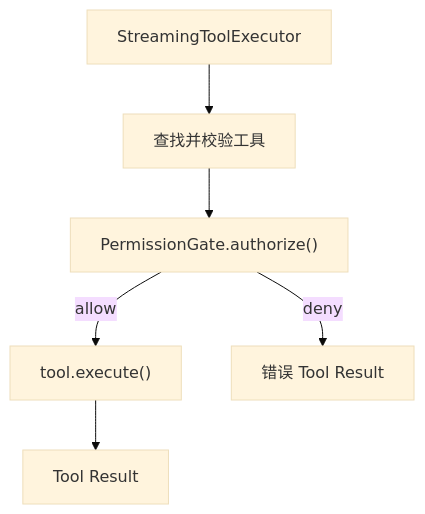
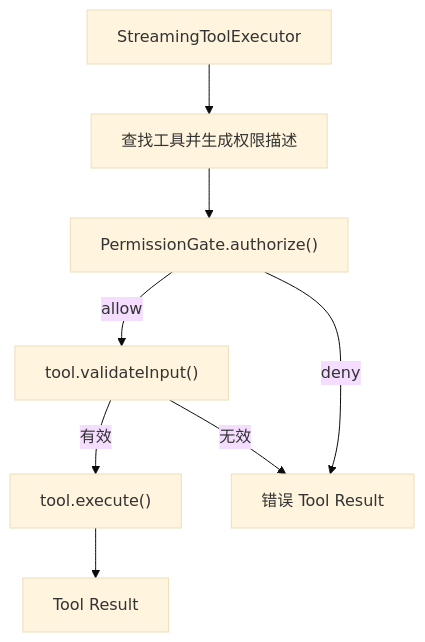
One commit to wenxuezj-design/mo-code changed the first of 2 diagrams in docs/notes/0.6 权限与安全实现笔记.md. Above: the diagram before and after it, drawn with Mermaid (base theme). The commit also changed other lines of this file and 29 other files, not shown here.

````diff
--- a/docs/notes/0.6 权限与安全实现笔记.md
+++ b/docs/notes/0.6 权限与安全实现笔记.md
@@ -25,8 +25,10 @@
 ```mermaid
 flowchart TB
-  CALL["StreamingToolExecutor"] --> LOOKUP["查找并校验工具"]
+  CALL["StreamingToolExecutor"] --> LOOKUP["查找工具并生成权限描述"]
   LOOKUP --> GATE["PermissionGate.authorize()"]
-  GATE -->|allow| EXECUTE["tool.execute()"]
+  GATE -->|allow| VALIDATE["tool.validateInput()"]
+  VALIDATE -->|有效| EXECUTE["tool.execute()"]
+  VALIDATE -->|无效| ERROR
   GATE -->|deny| ERROR["错误 Tool Result"]
   EXECUTE --> RESULT["Tool Result"]
 ```
````
